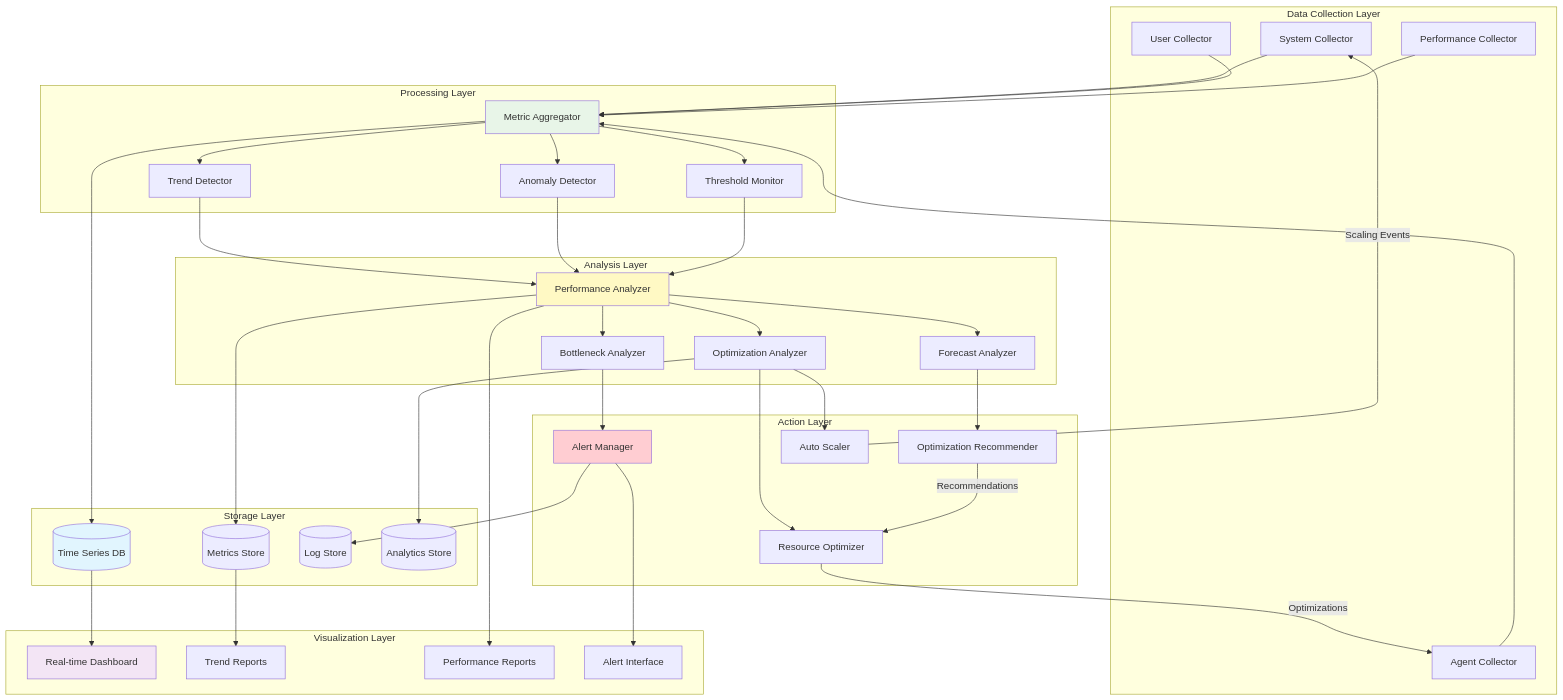
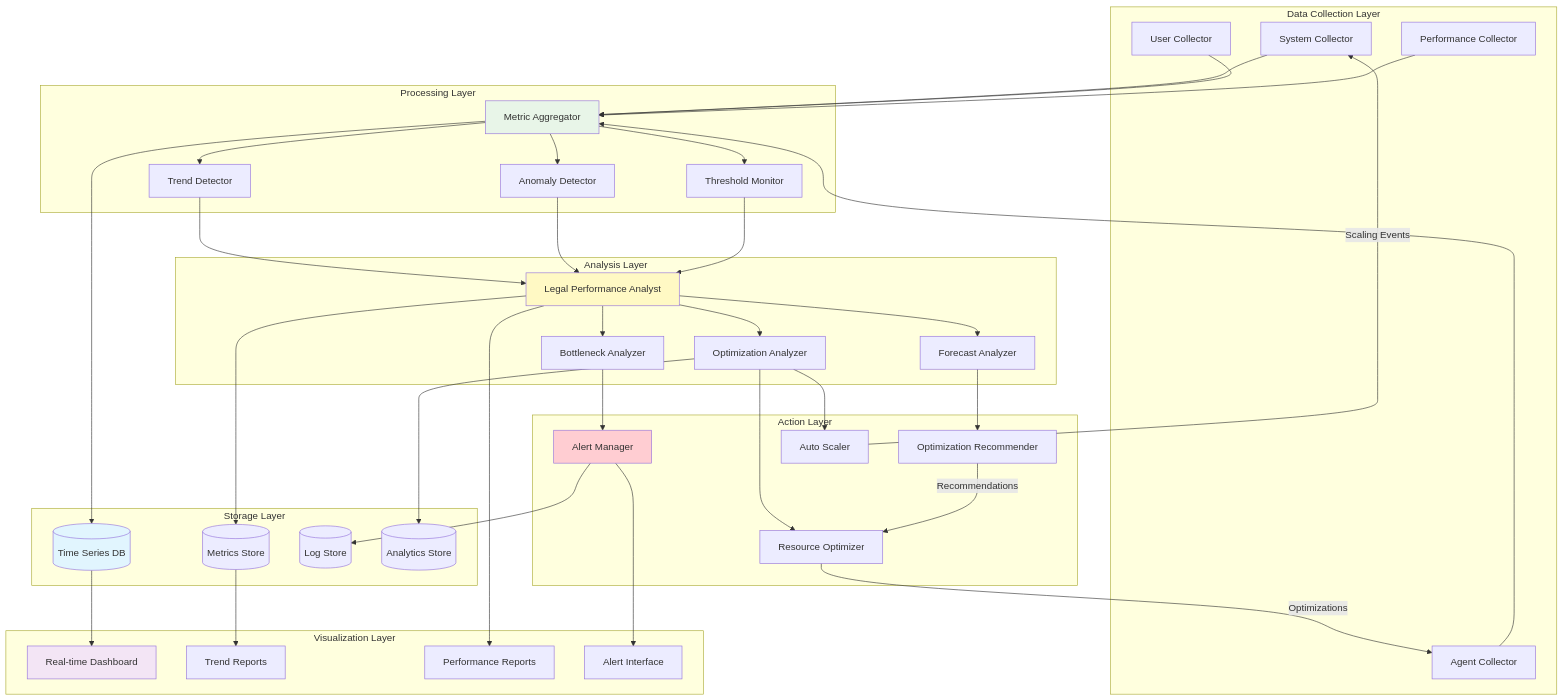
Before and after one commit to KingOfTheAce2/BEAR_AI: the eighth of 16 diagrams in docs/SYSTEM_DIAGRAMS_BLUEPRINTS.md, drawn with Mermaid. The commit also changed other lines of this file and 35 other files, not shown here.

```diff
--- a/docs/SYSTEM_DIAGRAMS_BLUEPRINTS.md
+++ b/docs/SYSTEM_DIAGRAMS_BLUEPRINTS.md
@@ -591,7 +591,7 @@
     end
     
     subgraph "Analysis Layer"
-        PA[Performance Analyzer]
+        PA[Legal Performance Analyst]
         BA[Bottleneck Analyzer]
         FA[Forecast Analyzer]
         OA[Optimization Analyzer]
```
